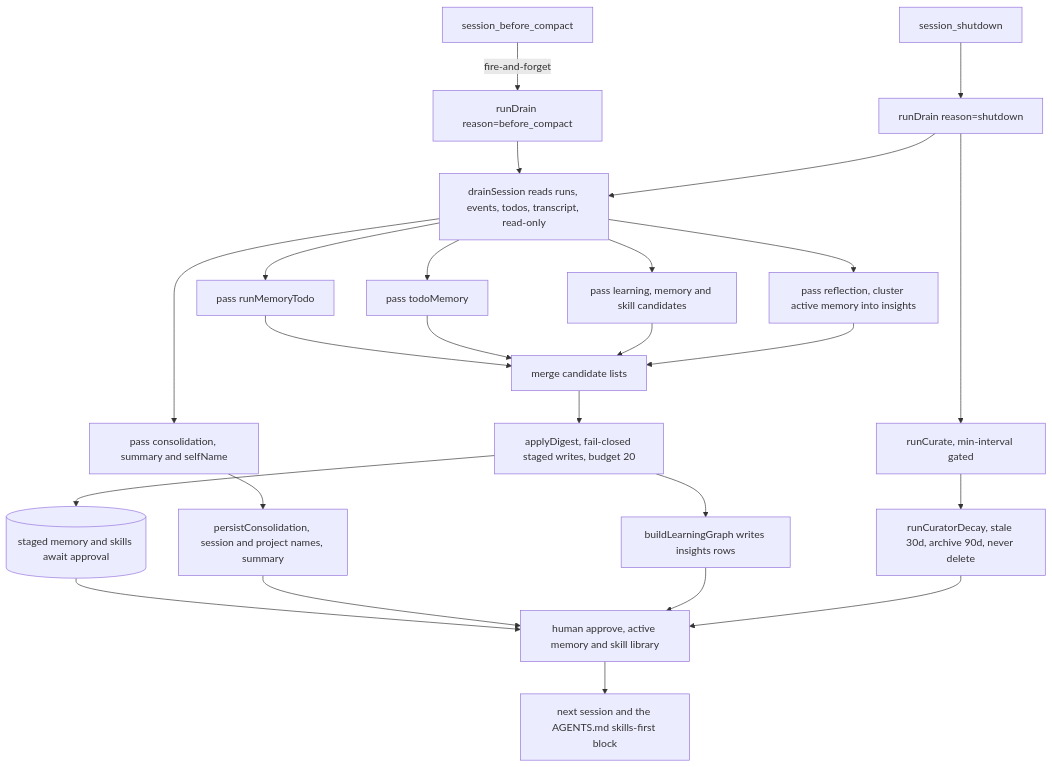
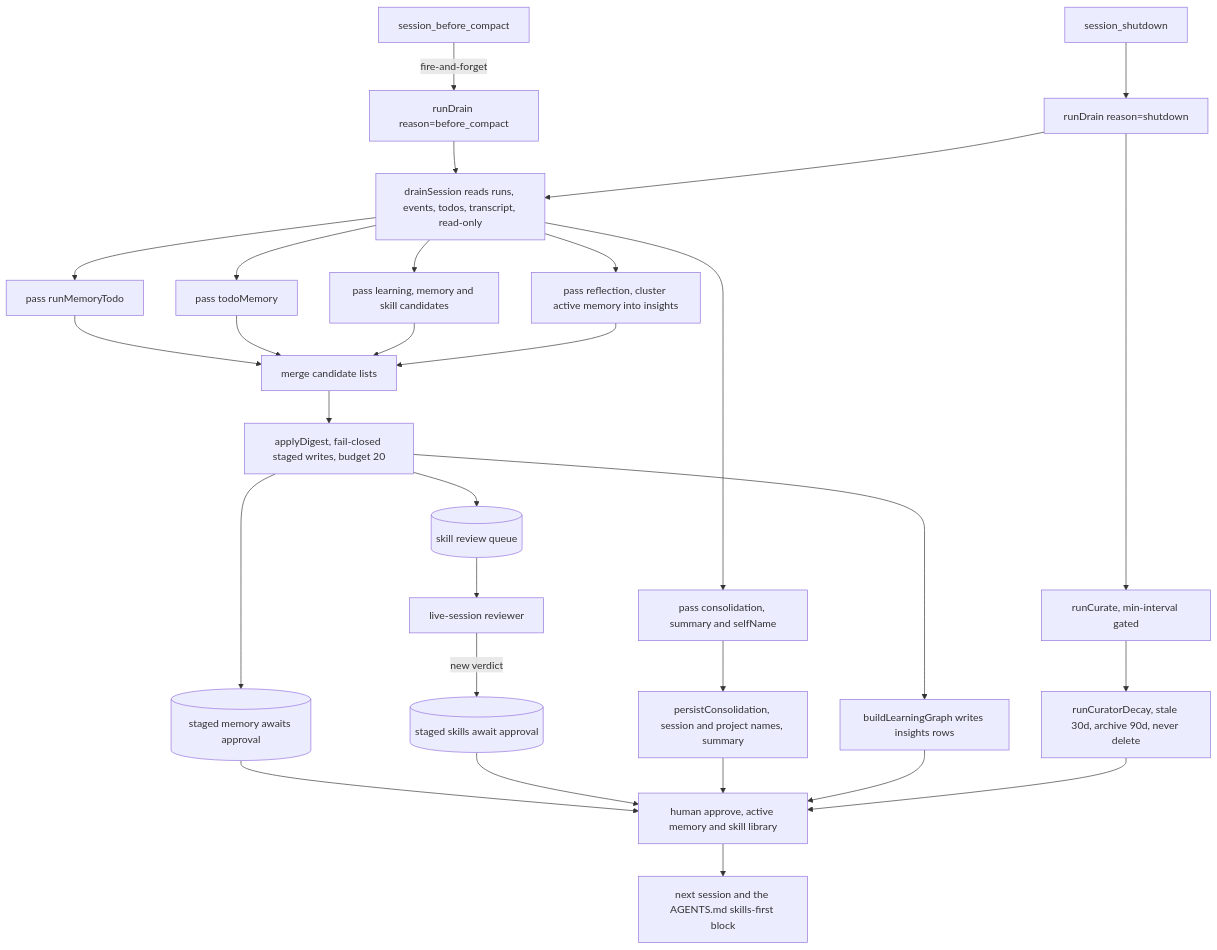
Before and after one commit to guru-irl/spider: the third of 5 diagrams in docs/architecture/feedback-and-learning-loops.md, drawn with Mermaid. The commit also changed other lines of this file and 13 other files, not shown here.

````diff
--- a/docs/architecture/feedback-and-learning-loops.md
+++ b/docs/architecture/feedback-and-learning-loops.md
@@ -413,32 +414,36 @@
 ```mermaid
 flowchart TD
   BC["session_before_compact"] -->|fire-and-forget| RD["runDrain reason=before_compact"]
   SH["session_shutdown"] --> RD2["runDrain reason=shutdown"]
   RD2 --> CU["runCurate, min-interval gated"]
 
   RD --> DR["drainSession reads runs, events, todos, transcript, read-only"]
   RD2 --> DR
 
   DR --> P1["pass runMemoryTodo"]
   DR --> P2["pass todoMemory"]
   DR --> P3["pass learning, memory and skill candidates"]
   DR --> P4["pass consolidation, summary and selfName"]
   DR --> P5["pass reflection, cluster active memory into insights"]
 
   P1 --> MG["merge candidate lists"]
   P2 --> MG
   P3 --> MG
   P5 --> MG
   MG --> AP["applyDigest, fail-closed staged writes, budget 20"]
   P4 --> PC["persistConsolidation, session and project names, summary"]
 
-  AP --> STG[("staged memory and skills await approval")]
+  AP --> STG[("staged memory awaits approval")]
+  AP --> SQ[("skill review queue")]
+  SQ --> SR["live-session reviewer"]
+  SR -->|new verdict| SK[("staged skills await approval")]
   AP --> LG["buildLearningGraph writes insights rows"]
   CU --> DECAY["runCuratorDecay, stale 30d, archive 90d, never delete"]
 
   STG --> FEED["human approve, active memory and skill library"]
+  SK --> FEED
   PC --> FEED
   LG --> FEED
   DECAY --> FEED
   FEED --> NS["next session and the AGENTS.md skills-first block"]
 ```
````
